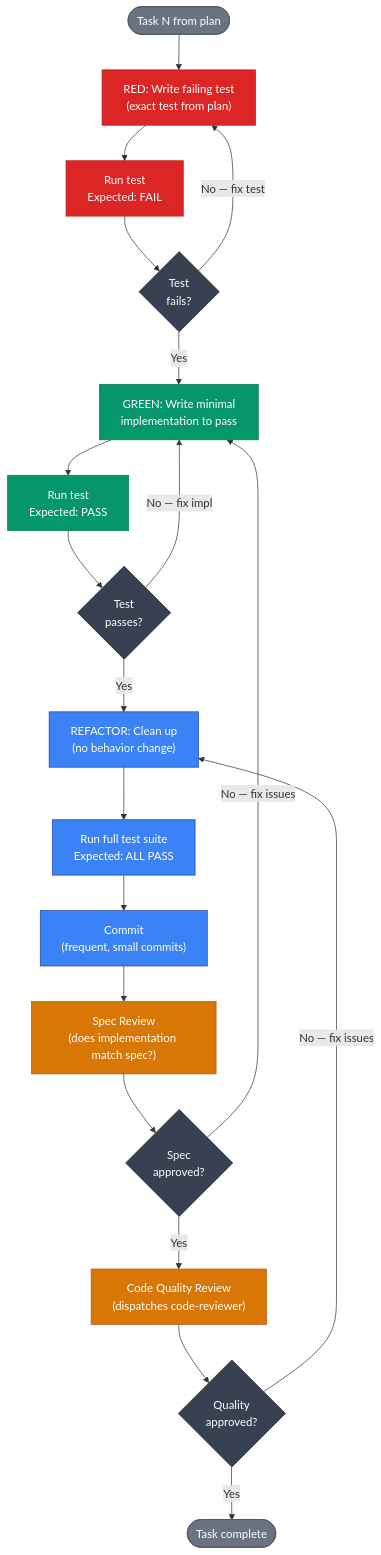
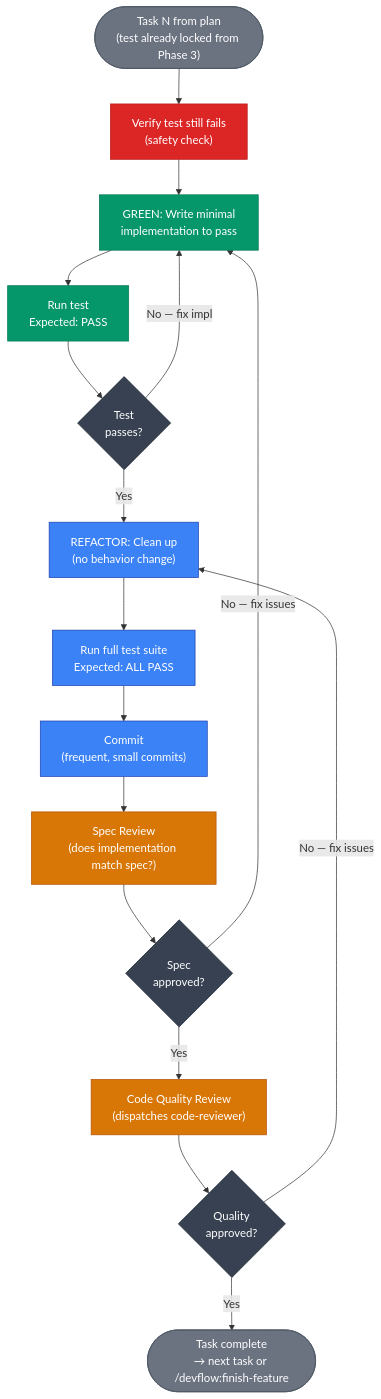
The fifth of 6 diagrams in visualizations/workflows/development-workflow.md (AndreJorgeLopes/devflow), drawn with Mermaid before and after one commit. The commit also changed other lines of this file and 30 other files, not shown here.

````diff
--- a/visualizations/workflows/development-workflow.md
+++ b/visualizations/workflows/development-workflow.md
@@ -167,52 +190,47 @@
 ```mermaid
 %%{init: {'flowchart': {'rankSpacing': 50, 'nodeSpacing': 30, 'diagramPadding': 15}}}%%
 graph TD
-    T_START(["Task N from plan"])
-    T_RED["RED: Write failing test<br/>(exact test from plan)"]
-    T_RUN1["Run test<br/>Expected: FAIL"]
-    T_FAIL{"Test<br/>fails?"}
+    T_START(["Task N from plan<br/>(test already locked from Phase 3)"])
+    T_VERIFY_RED["Verify test still fails<br/>(safety check)"]
     T_GREEN["GREEN: Write minimal<br/>implementation to pass"]
-    T_RUN2["Run test<br/>Expected: PASS"]
+    T_RUN["Run test<br/>Expected: PASS"]
     T_PASS{"Test<br/>passes?"}
     T_REFACTOR["REFACTOR: Clean up<br/>(no behavior change)"]
-    T_RUN3["Run full test suite<br/>Expected: ALL PASS"]
+    T_RUN_ALL["Run full test suite<br/>Expected: ALL PASS"]
     T_COMMIT["Commit<br/>(frequent, small commits)"]
     T_SPEC["Spec Review<br/>(does implementation match spec?)"]
     T_SPEC_OK{"Spec<br/>approved?"}
     T_QUALITY["Code Quality Review<br/>(dispatches code-reviewer)"]
     T_QUALITY_OK{"Quality<br/>approved?"}
-    T_DONE(["Task complete"])
+    T_DONE(["Task complete<br/>→ next task or /devflow:finish-feature"])
 
-    T_START --> T_RED
-    T_RED --> T_RUN1
-    T_RUN1 --> T_FAIL
-    T_FAIL -->|"No — fix test"| T_RED
-    T_FAIL -->|"Yes"| T_GREEN
-    T_GREEN --> T_RUN2
-    T_RUN2 --> T_PASS
+    T_START --> T_VERIFY_RED
+    T_VERIFY_RED --> T_GREEN
+    T_GREEN --> T_RUN
+    T_RUN --> T_PASS
     T_PASS -->|"No — fix impl"| T_GREEN
     T_PASS -->|"Yes"| T_REFACTOR
-    T_REFACTOR --> T_RUN3
-    T_RUN3 --> T_COMMIT
+    T_REFACTOR --> T_RUN_ALL
+    T_RUN_ALL --> T_COMMIT
     T_COMMIT --> T_SPEC
     T_SPEC --> T_SPEC_OK
     T_SPEC_OK -->|"No — fix issues"| T_GREEN
     T_SPEC_OK -->|"Yes"| T_QUALITY
     T_QUALITY --> T_QUALITY_OK
     T_QUALITY_OK -->|"No — fix issues"| T_REFACTOR
     T_QUALITY_OK -->|"Yes"| T_DONE
 
     classDef redStyle fill:#dc2626,color:#fff,stroke:#b91c1c
     classDef greenStyle fill:#059669,color:#fff,stroke:#047857
     classDef refactorStyle fill:#3b82f6,color:#fff,stroke:#1e40af
     classDef reviewStyle fill:#d97706,color:#fff,stroke:#b45309
     classDef decisionStyle fill:#374151,color:#fff,stroke:#1f2937
     classDef terminalStyle fill:#6b7280,color:#fff,stroke:#4b5563
 
-    class T_RED,T_RUN1 redStyle
-    class T_GREEN,T_RUN2 greenStyle
-    class T_REFACTOR,T_RUN3,T_COMMIT refactorStyle
+    class T_VERIFY_RED redStyle
+    class T_GREEN,T_RUN greenStyle
+    class T_REFACTOR,T_RUN_ALL,T_COMMIT refactorStyle
     class T_SPEC,T_QUALITY reviewStyle
-    class T_FAIL,T_PASS,T_SPEC_OK,T_QUALITY_OK decisionStyle
+    class T_PASS,T_SPEC_OK,T_QUALITY_OK decisionStyle
     class T_START,T_DONE terminalStyle
 ```
````
